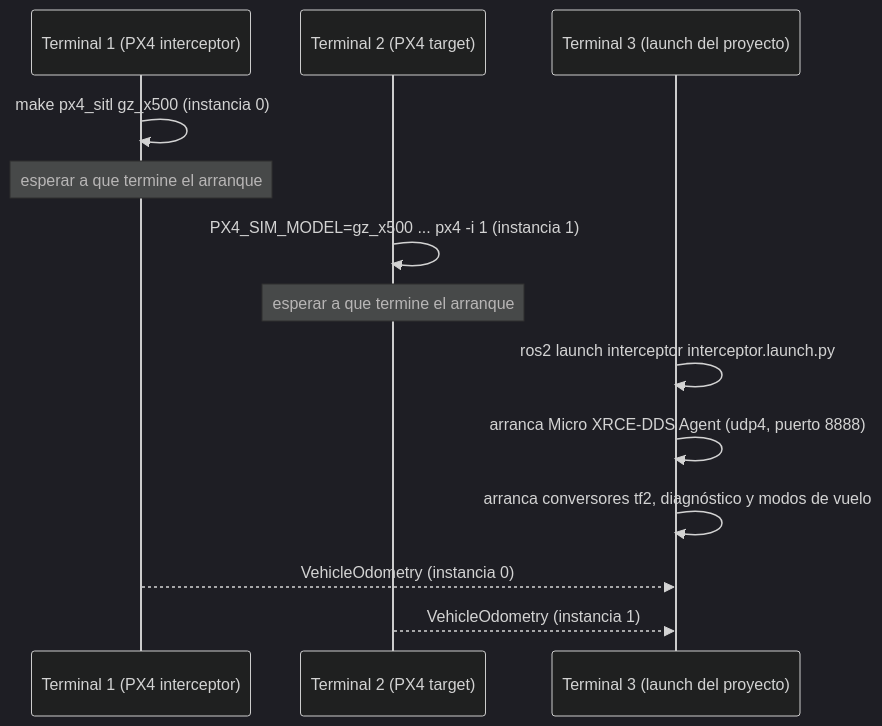
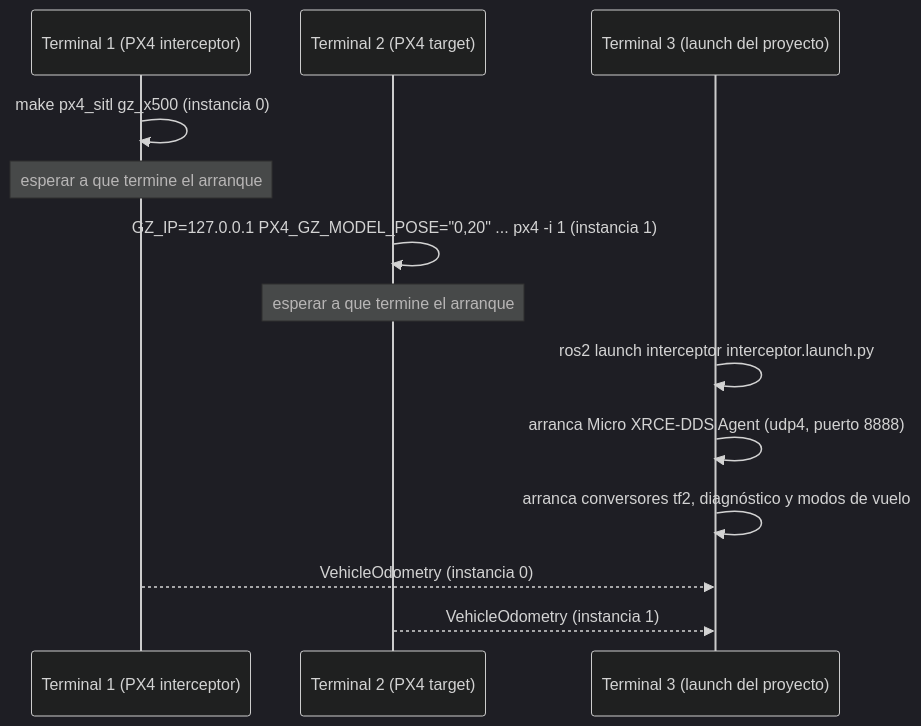
The diagram in docs/wiki/Simulation.md (PACO-Interceptor/ws_interceptor), drawn with Mermaid before and after one commit. The commit also changed other lines of this file and 4 other files, not shown here.

````diff
--- a/docs/wiki/Simulation.md
+++ b/docs/wiki/Simulation.md
@@ -37,17 +37,17 @@
 ```mermaid
 %%{init: {"theme": "dark"}}%%
 sequenceDiagram
     participant T1 as Terminal 1 (PX4 interceptor)
     participant T2 as Terminal 2 (PX4 target)
     participant T3 as Terminal 3 (launch del proyecto)
 
     T1->>T1: make px4_sitl gz_x500 (instancia 0)
     Note over T1: esperar a que termine el arranque
-    T2->>T2: PX4_SIM_MODEL=gz_x500 ... px4 -i 1 (instancia 1)
+    T2->>T2: GZ_IP=127.0.0.1 PX4_GZ_MODEL_POSE="0,20" ... px4 -i 1 (instancia 1)
     Note over T2: esperar a que termine el arranque
     T3->>T3: ros2 launch interceptor interceptor.launch.py
     T3->>T3: arranca Micro XRCE-DDS Agent (udp4, puerto 8888)
     T3->>T3: arranca conversores tf2, diagnóstico y modos de vuelo
     T1-->>T3: VehicleOdometry (instancia 0)
     T2-->>T3: VehicleOdometry (instancia 1)
 ```
````
